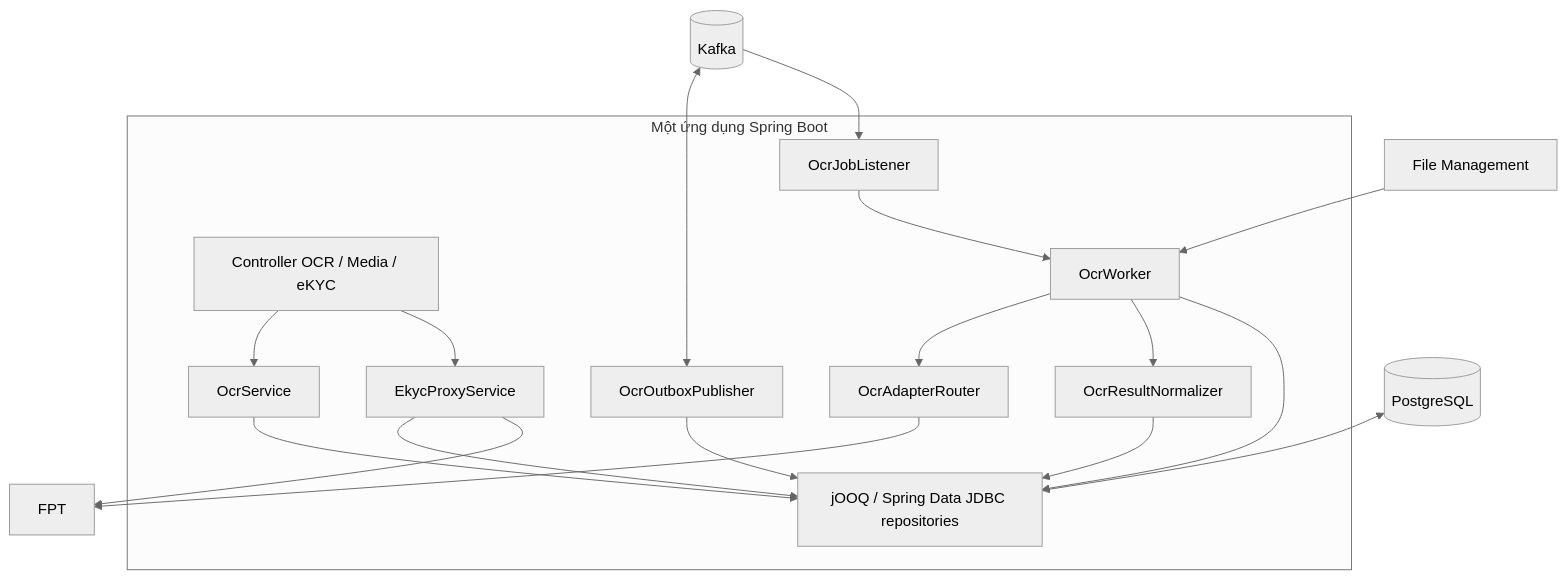
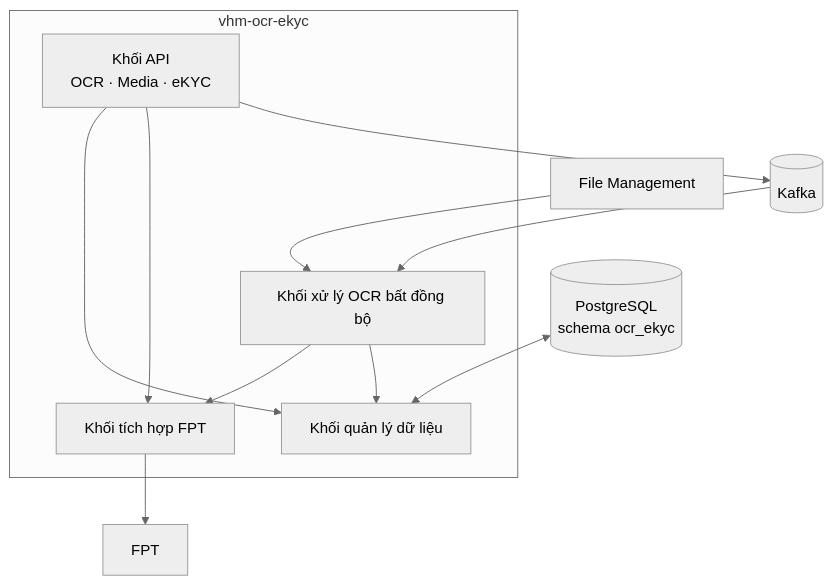
One commit to huynv-xyz/vhm changed the second of 12 diagrams in tdd-ocr-ekyc.md. Above: the diagram before and after it, drawn with Mermaid (neutral theme). The commit also changed other lines of this file, not shown here.

````diff
--- a/tdd-ocr-ekyc.md
+++ b/tdd-ocr-ekyc.md
@@ -275,28 +276,20 @@
 ```mermaid
 flowchart TB
-    subgraph APP[Một ứng dụng Spring Boot]
-        API[Controller OCR / Media / eKYC]
-        OCRS[OcrService]
-        PROXY[EkycProxyService]
-        OUT[OcrOutboxPublisher]
-        LISTENER[OcrJobListener]
-        WORKER[OcrWorker]
-        ROUTER[OcrAdapterRouter]
-        NORMALIZER[OcrResultNormalizer]
-        REPO[jOOQ / Spring Data JDBC repositories]
+    subgraph APP[vhm-ocr-ekyc]
+        API[Khối API<br/>OCR · Media · eKYC]
+        PROCESSOR[Khối xử lý OCR bất đồng bộ]
+        INTEGRATION[Khối tích hợp FPT]
+        DATA[Khối quản lý dữ liệu]
 
-        API --> OCRS --> REPO
-        API --> PROXY --> REPO
-        OUT --> REPO
-        LISTENER --> WORKER --> ROUTER
-        WORKER --> NORMALIZER --> REPO
-        WORKER --> REPO
+        API --> DATA
+        API --> INTEGRATION
+        PROCESSOR --> INTEGRATION
+        PROCESSOR --> DATA
     end
 
-    DB[(PostgreSQL)] <--> REPO
-    KAFKA[(Kafka)] <--> OUT
-    KAFKA --> LISTENER
-    FILE[File Management] --> WORKER
-    ROUTER --> FPT[FPT]
-    PROXY --> FPT
+    DB[(PostgreSQL<br/>schema ocr_ekyc)] <--> DATA
+    KAFKA[(Kafka)] --> PROCESSOR
+    API --> KAFKA
+    FILE[File Management] --> PROCESSOR
+    INTEGRATION --> FPT[FPT]
 ```
````
